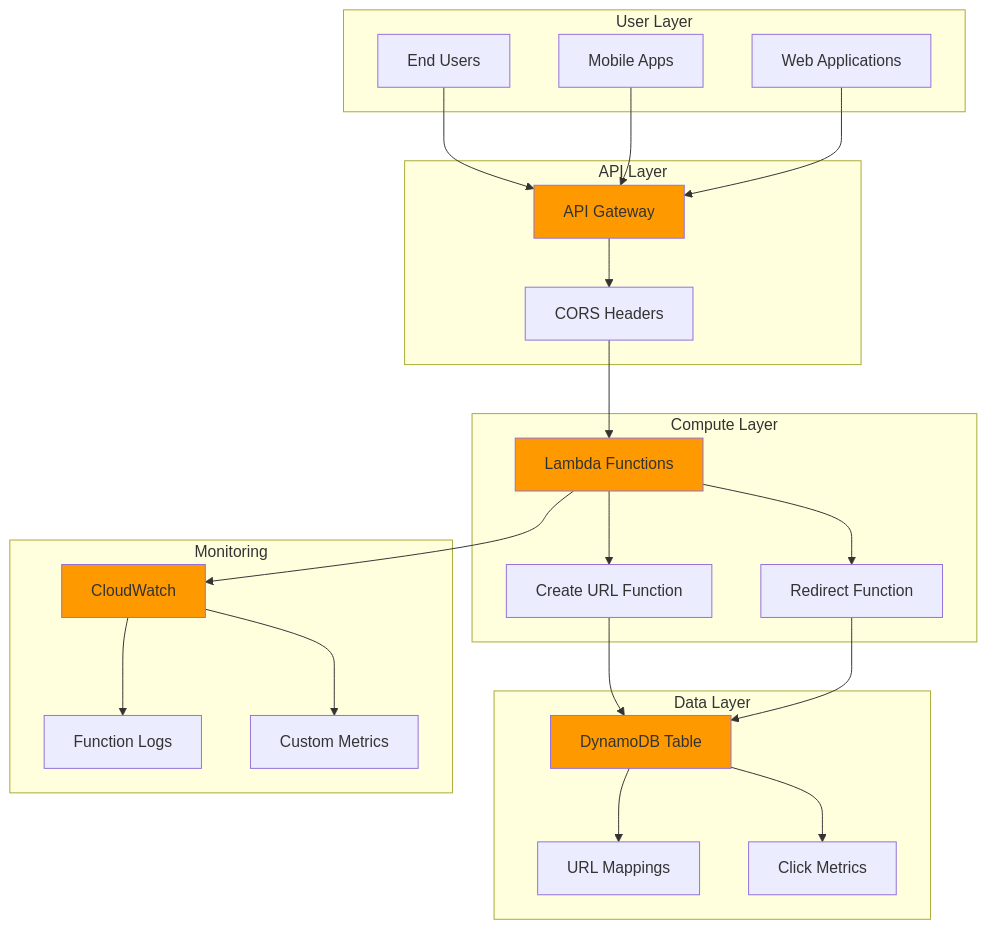
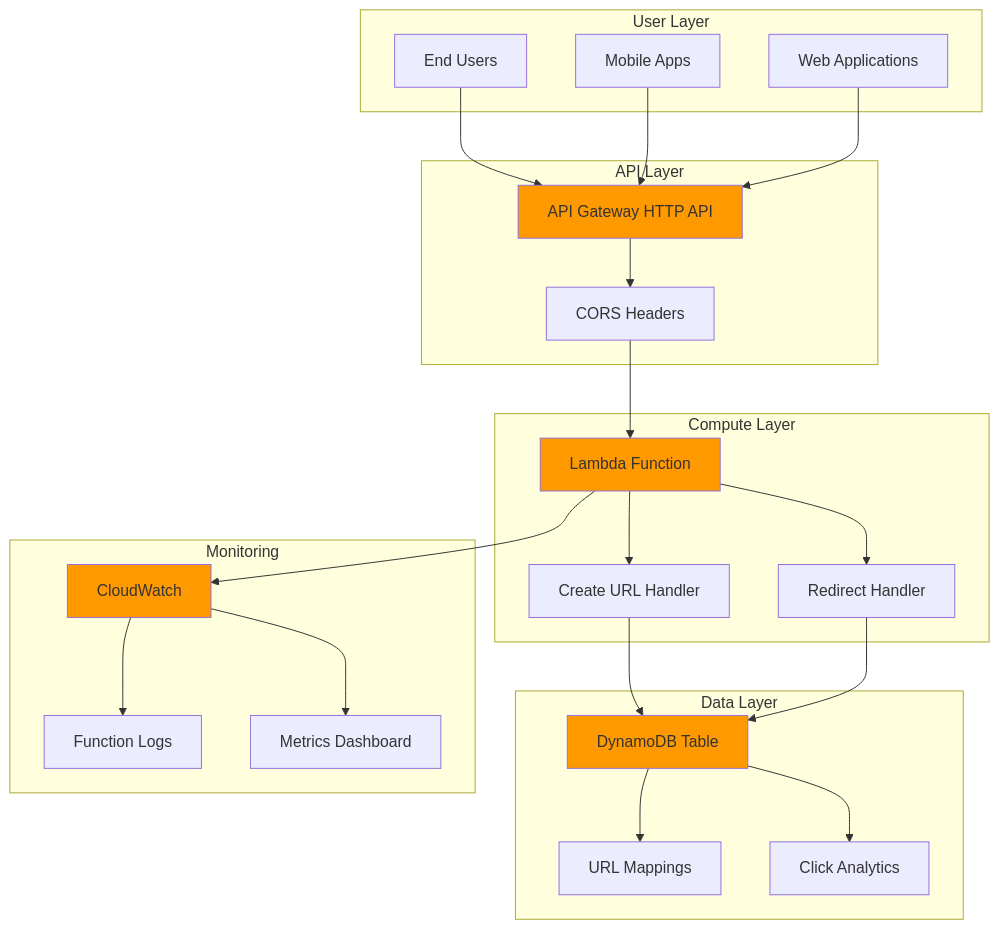
One commit to mzazon/awesome-cloud-projects changed the diagram in aws/url-shortener-lambda-dynamodb/url-shortener-lambda-dynamodb.md. Above: the diagram before and after it, drawn with Mermaid. The commit also changed other lines of this file and 5581 other files, not shown here.

````diff
--- a/aws/url-shortener-lambda-dynamodb/url-shortener-lambda-dynamodb.md
+++ b/aws/url-shortener-lambda-dynamodb/url-shortener-lambda-dynamodb.md
@@ -30,56 +30,56 @@
 ```mermaid
 graph TB
     subgraph "User Layer"
         USER[End Users]
         MOBILE[Mobile Apps]
         WEB[Web Applications]
     end
     
     subgraph "API Layer"
-        API[API Gateway]
+        API[API Gateway HTTP API]
         CORS[CORS Headers]
     end
     
     subgraph "Compute Layer"
-        LAMBDA[Lambda Functions]
-        CREATE[Create URL Function]
-        REDIRECT[Redirect Function]
+        LAMBDA[Lambda Function]
+        CREATE[Create URL Handler]
+        REDIRECT[Redirect Handler]
     end
     
     subgraph "Data Layer"
         DDB[DynamoDB Table]
         URLS[URL Mappings]
-        METRICS[Click Metrics]
+        METRICS[Click Analytics]
     end
     
     subgraph "Monitoring"
         CW[CloudWatch]
         LOGS[Function Logs]
-        METRICS_CW[Custom Metrics]
+        DASHBOARD[Metrics Dashboard]
     end
     
     USER --> API
     MOBILE --> API
     WEB --> API
     
     API --> CORS
     CORS --> LAMBDA
     
     LAMBDA --> CREATE
     LAMBDA --> REDIRECT
     
     CREATE --> DDB
     REDIRECT --> DDB
     
     DDB --> URLS
     DDB --> METRICS
     
     LAMBDA --> CW
     CW --> LOGS
-    CW --> METRICS_CW
+    CW --> DASHBOARD
     
     style DDB fill:#FF9900
     style LAMBDA fill:#FF9900
     style API fill:#FF9900
     style CW fill:#FF9900
 ```
````
